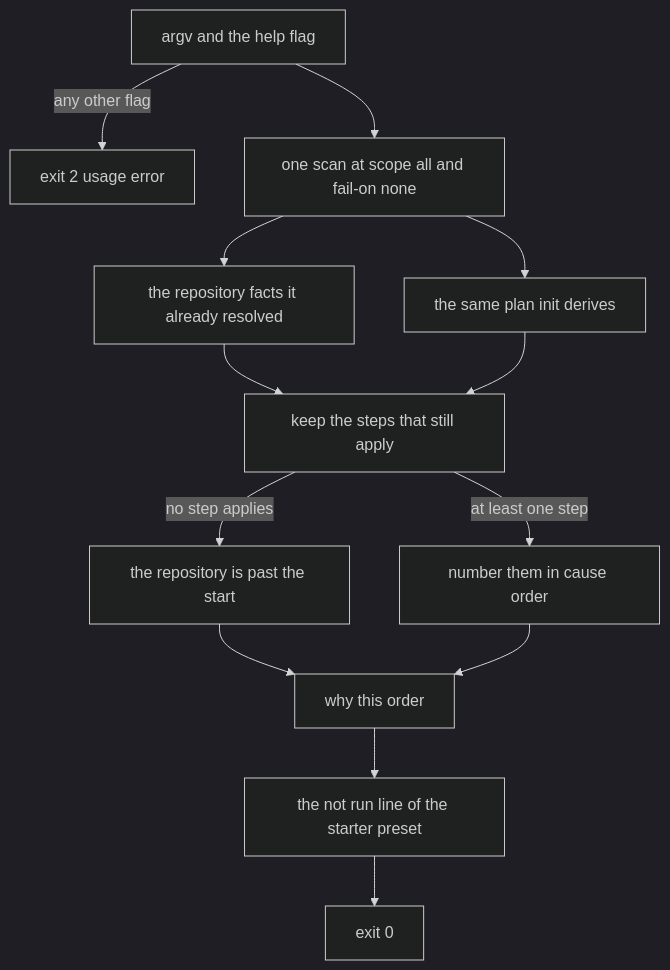
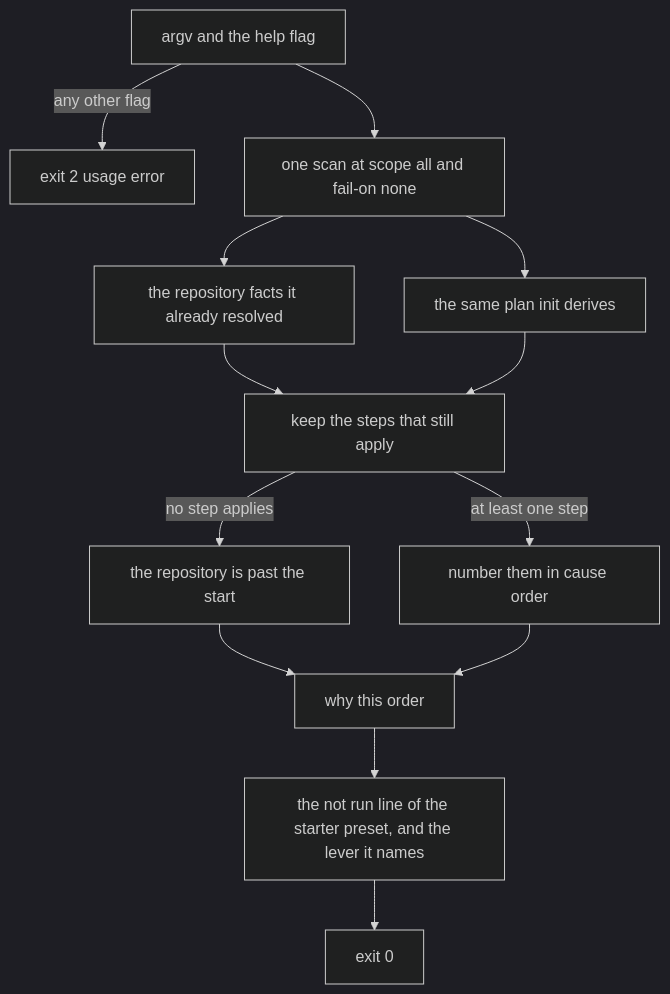
The first of 8 diagrams in docs/architecture.md (MaxGB23/funky-secure), drawn with Mermaid (dark theme) before and after one commit. The commit also changed 14 other files, not shown here.

First line of the commit message:
fix: the coverage line counts what it names, and says why

````diff
--- a/docs/architecture.md
+++ b/docs/architecture.md
@@ -47,15 +47,15 @@
 ```mermaid
 flowchart TD
   a["argv and the help flag"] -->|"any other flag"| z["exit 2 usage error"]
   a --> b["one scan at scope all and fail-on none"]
   b --> c["the repository facts it already resolved"]
   b --> d["the same plan init derives"]
   c --> e["keep the steps that still apply"]
   d --> e
   e -->|"no step applies"| f["the repository is past the start"]
   e -->|"at least one step"| g["number them in cause order"]
   f --> h["why this order"]
   g --> h
-  h --> i["the not run line of the starter preset"]
+  h --> i["the not run line of the starter preset, and the lever it names"]
   i --> j["exit 0"]
 ```
````
